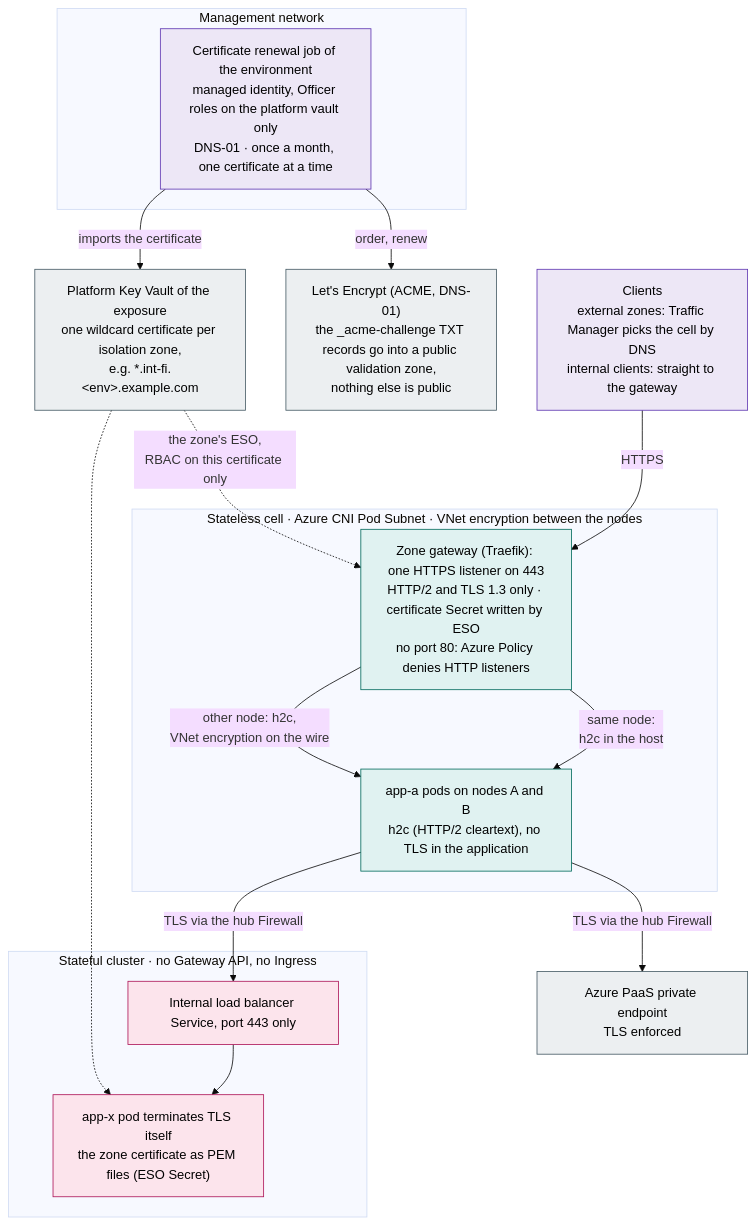
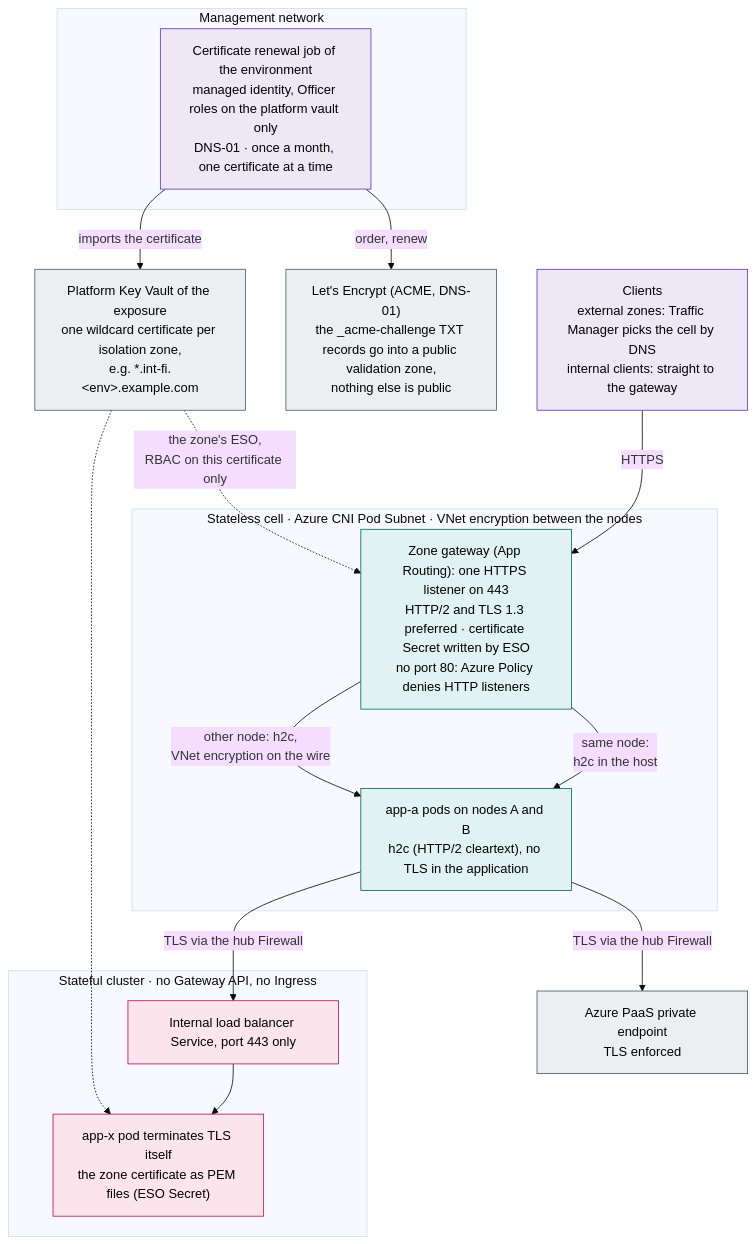
One commit to onek8s/onek8s.github.io changed the diagram in diagrams/4.1-tls-encryption.mmd. Above: the diagram before and after it, drawn with Mermaid (base theme). The commit also changed 24 other files, not shown here.

First line of the commit message:
Serve every Gateway with App Routing's Istio: Traefik removed, HTTP/2 and TLS 1.3 preferred at the edge

```diff
--- a/diagrams/4.1-tls-encryption.mmd
+++ b/diagrams/4.1-tls-encryption.mmd
@@ -1,43 +1,43 @@
-%% Encryption in transit. Stateless: TLS ends at the zone's gateway (Traefik; HTTP/2 and TLS 1.3 only, a Let's Encrypt
+%% Encryption in transit. Stateless: TLS ends at the zone's gateway (App Routing's Istio, a Let's Encrypt
 %% certificate), the gateway speaks h2c to the pods and node-to-node traffic is protected by Azure VNet encryption, so the
 %% applications need no TLS, mTLS or service mesh. Stateful: no Gateway API and no Ingress, the application terminates TLS
 %% on its own internal load balancer. Certificates are issued once per environment and exposure by a renewal job into the
 %% platform Key Vault and shared by every cluster of that exposure.
 flowchart TB
     client["Clients<br/>external zones: Traffic Manager picks the cell by DNS<br/>internal clients: straight to the gateway"]
 
     subgraph MGMT["Management network"]
         job["Certificate renewal job of the environment<br/>managed identity, Officer roles on the platform vault only<br/>DNS-01 · once a month, one certificate at a time"]
     end
     le["Let's Encrypt (ACME, DNS-01)<br/>the _acme-challenge TXT records go into a public validation zone,<br/>nothing else is public"]
     kv["Platform Key Vault of the exposure<br/>one wildcard certificate per isolation zone,<br/>e.g. *.int-fi.&lt;env&gt;.example.com"]
 
     subgraph SL["Stateless cell · Azure CNI Pod Subnet · VNet encryption between the nodes"]
-        tr["Zone gateway (Traefik): one HTTPS listener on 443<br/>HTTP/2 and TLS 1.3 only · certificate Secret written by ESO<br/>no port 80: Azure Policy denies HTTP listeners"]
+        tr["Zone gateway (App Routing): one HTTPS listener on 443<br/>HTTP/2 and TLS 1.3 preferred · certificate Secret written by ESO<br/>no port 80: Azure Policy denies HTTP listeners"]
         app["app-a pods on nodes A and B<br/>h2c (HTTP/2 cleartext), no TLS in the application"]
     end
 
     subgraph SF["Stateful cluster · no Gateway API, no Ingress"]
         ilb["Internal load balancer Service, port 443 only"]
         db["app-x pod terminates TLS itself<br/>the zone certificate as PEM files (ESO Secret)"]
     end
     paas["Azure PaaS private endpoint<br/>TLS enforced"]
 
     client -->|"HTTPS"| tr
     tr -->|"same node:<br/>h2c in the host"| app
     tr -->|"other node: h2c,<br/>VNet encryption on the wire"| app
     app -->|"TLS via the hub Firewall"| ilb --> db
     app -->|"TLS via the hub Firewall"| paas
     job -->|"order, renew"| le
     job -->|"imports the certificate"| kv
     kv -.->|"the zone's ESO,<br/>RBAC on this certificate only"| tr
     kv -.-> db
 
     classDef hub fill:#ede7f6,stroke:#5e35b1,color:#000
     classDef sl fill:#e0f2f1,stroke:#00695c,color:#000
     classDef sf fill:#fce4ec,stroke:#ad1457,color:#000
     classDef paas fill:#eceff1,stroke:#455a64,color:#000
     class client,job hub
     class tr,app sl
     class ilb,db sf
     class paas,le,kv paas
```
